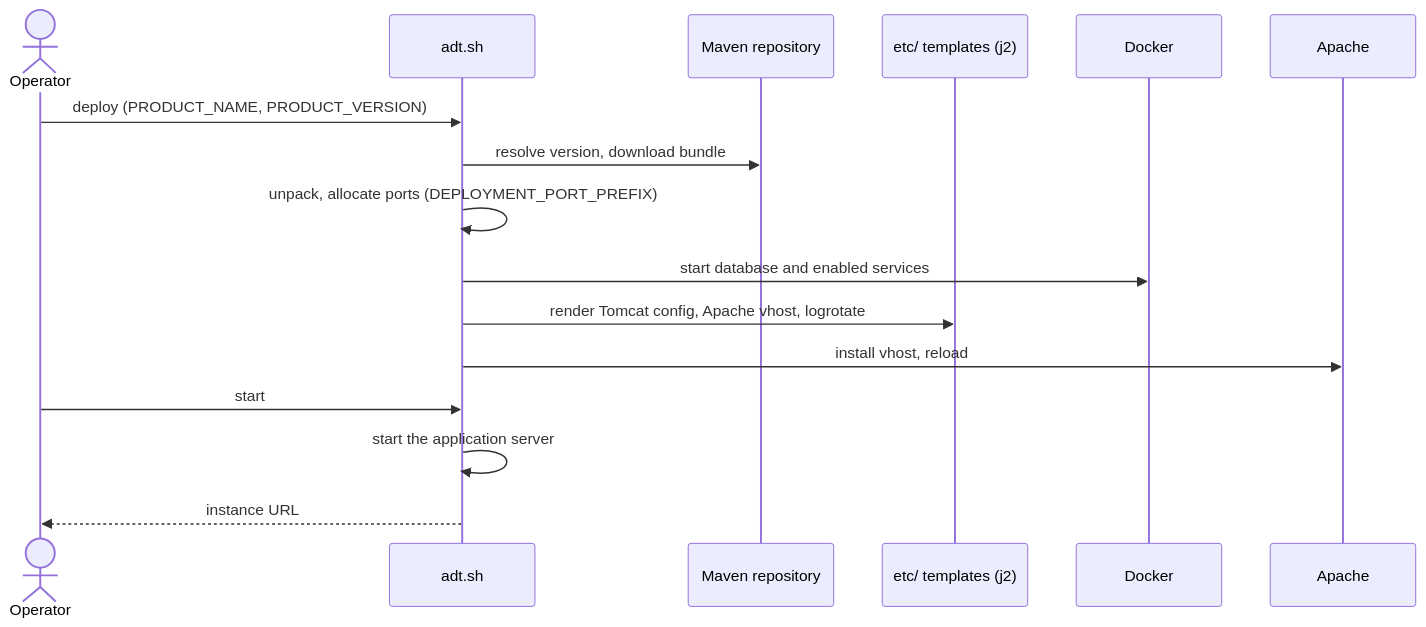
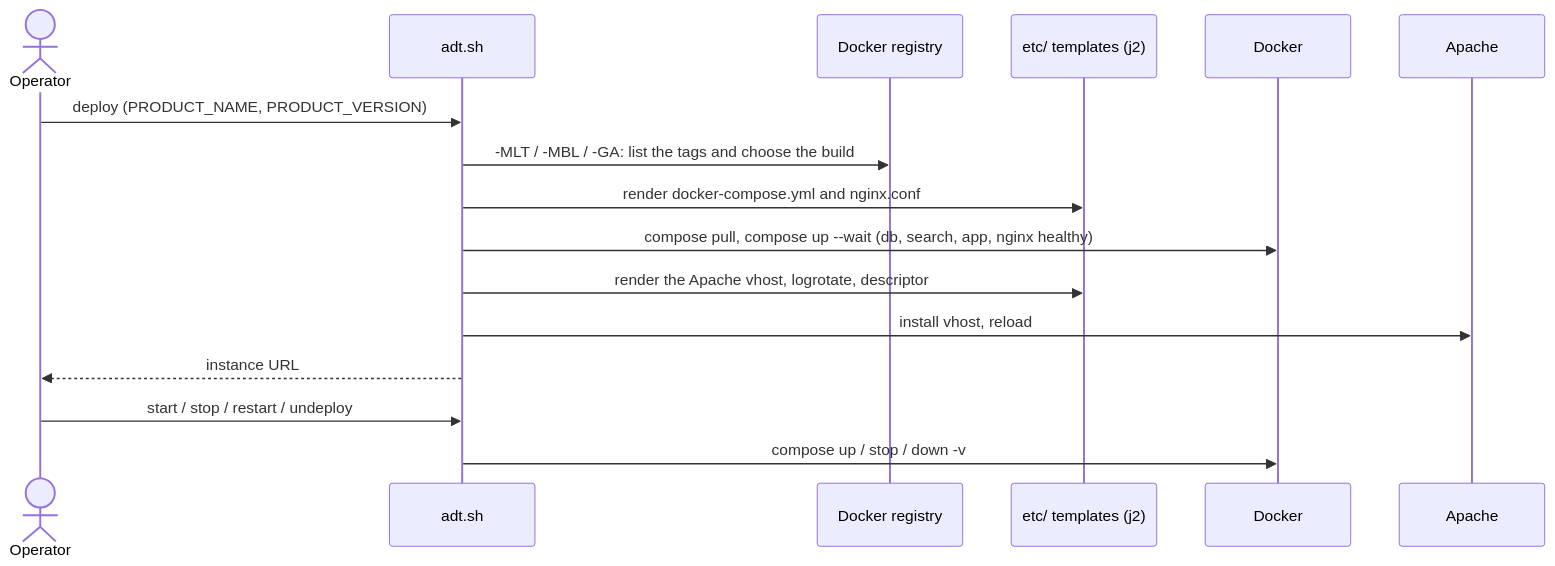
The second of 3 diagrams in README.md (exoplatform/adt), drawn with Mermaid before and after one commit. The commit also changed other lines of this file and 41 other files, not shown here.

````diff
--- a/README.md
+++ b/README.md
@@ -199,19 +200,19 @@
 ```mermaid
 sequenceDiagram
   actor Op as Operator
   participant ADT as adt.sh
-  participant Repo as Maven repository
+  participant Reg as Docker registry
   participant Tpl as etc/ templates (j2)
   participant Docker
   participant Apache
 
   Op->>ADT: deploy (PRODUCT_NAME, PRODUCT_VERSION)
-  ADT->>Repo: resolve version, download bundle
-  ADT->>ADT: unpack, allocate ports (DEPLOYMENT_PORT_PREFIX)
-  ADT->>Docker: start database and enabled services
-  ADT->>Tpl: render Tomcat config, Apache vhost, logrotate
+  ADT->>Reg: -MLT / -MBL / -GA: list the tags and choose the build
+  ADT->>Tpl: render docker-compose.yml and nginx.conf
+  ADT->>Docker: compose pull, compose up --wait (db, search, app, nginx healthy)
+  ADT->>Tpl: render the Apache vhost, logrotate, descriptor
   ADT->>Apache: install vhost, reload
-  Op->>ADT: start
-  ADT->>ADT: start the application server
   ADT-->>Op: instance URL
+  Op->>ADT: start / stop / restart / undeploy
+  ADT->>Docker: compose up / stop / down -v
 ```
````
